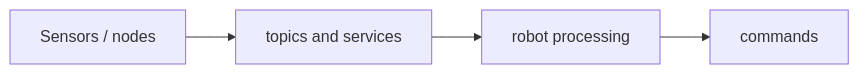
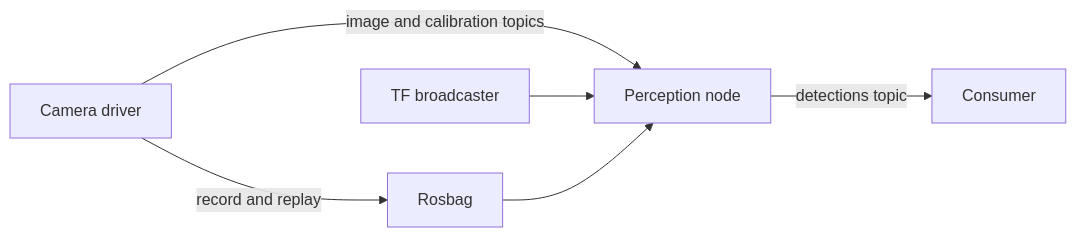
Before and after one commit to james-joobs/awesome-nvidia-physical-ai: the diagram in docs/en/ros-2.md, drawn with Mermaid. The commit also changed other lines of this file and 187 other files, not shown here.

Commit message:
Expand bilingual guides with official architecture references

````diff
--- a/docs/en/ros-2.md
+++ b/docs/en/ros-2.md
@@ -11,4 +11,8 @@
 ```mermaid
 flowchart LR
-    A["Sensors / nodes"] --> B["topics and services"] --> C["robot processing"] --> D["commands"]
+    C["Camera driver"] -->|image and calibration topics| P["Perception node"]
+    P -->|detections topic| D["Consumer"]
+    T["TF broadcaster"] --> P
+    C -->|record and replay| B["Rosbag"]
+    B --> P
 ```
````
